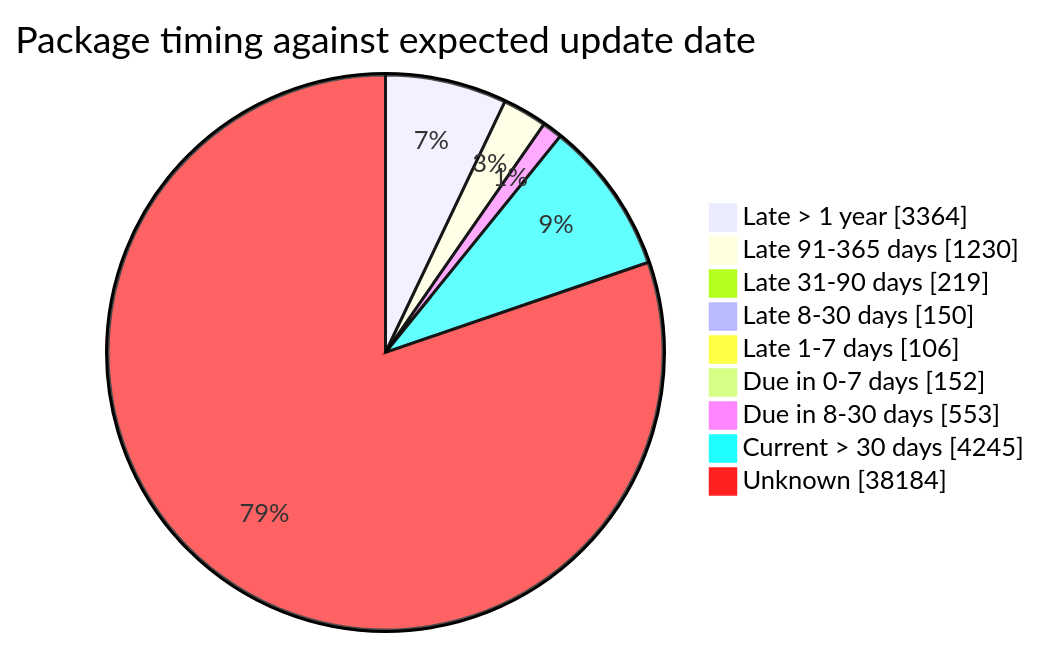
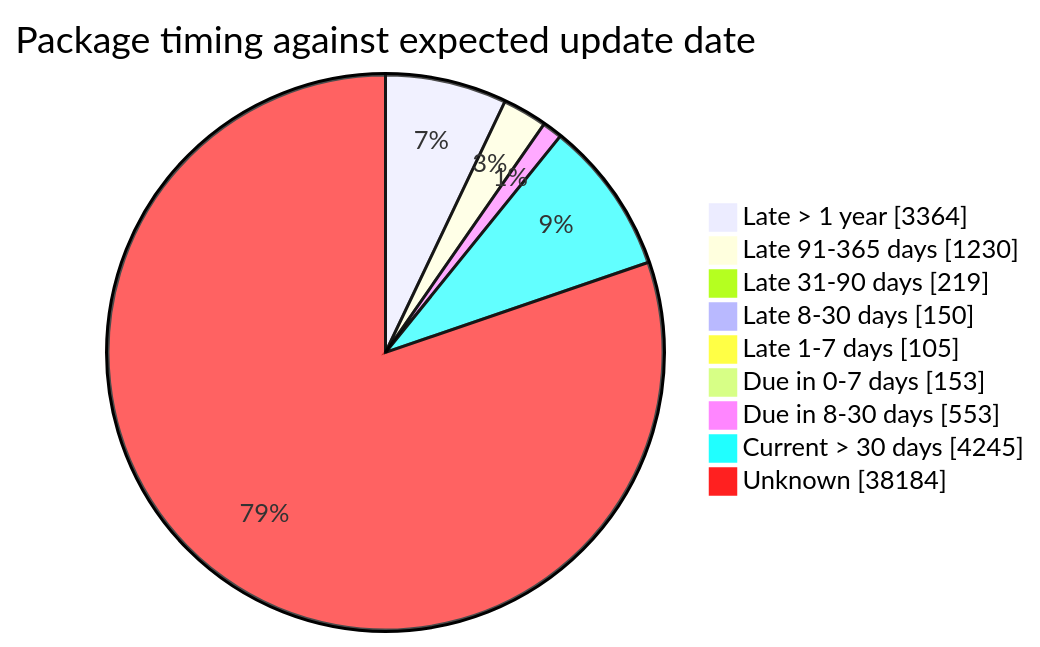
Before and after one commit to open-data/analytics-corporate-reporting: the fourth of 5 diagrams in FreshCheck/README.md, drawn with Mermaid. The commit also changed other lines of this file and 3 other files, not shown here.

````diff
--- a/FreshCheck/README.md
+++ b/FreshCheck/README.md
@@ -86,12 +86,12 @@
 ```mermaid
 pie showData title Package timing against expected update date
     "Late > 1 year": 3364
     "Late 91-365 days": 1230
     "Late 31-90 days": 219
     "Late 8-30 days": 150
-    "Late 1-7 days": 106
-    "Due in 0-7 days": 152
+    "Late 1-7 days": 105
+    "Due in 0-7 days": 153
     "Due in 8-30 days": 553
     "Current > 30 days": 4245
     "Unknown": 38184
 ```
````
